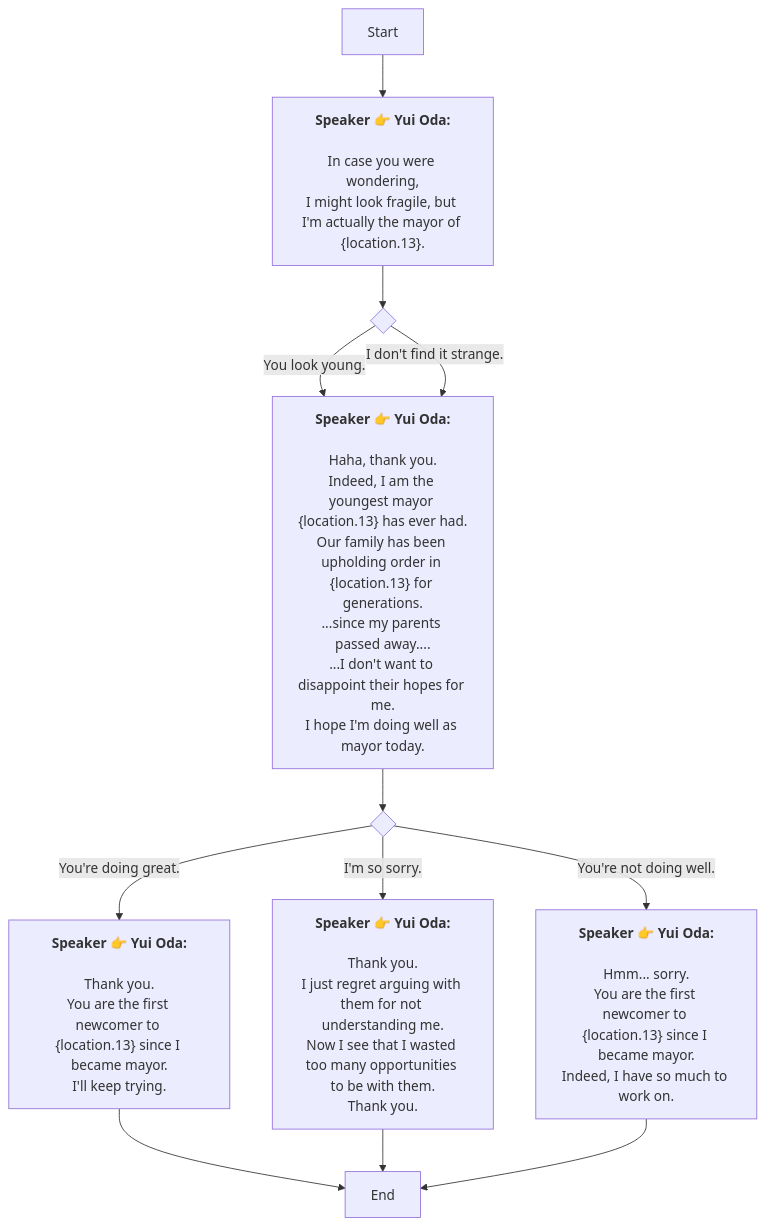
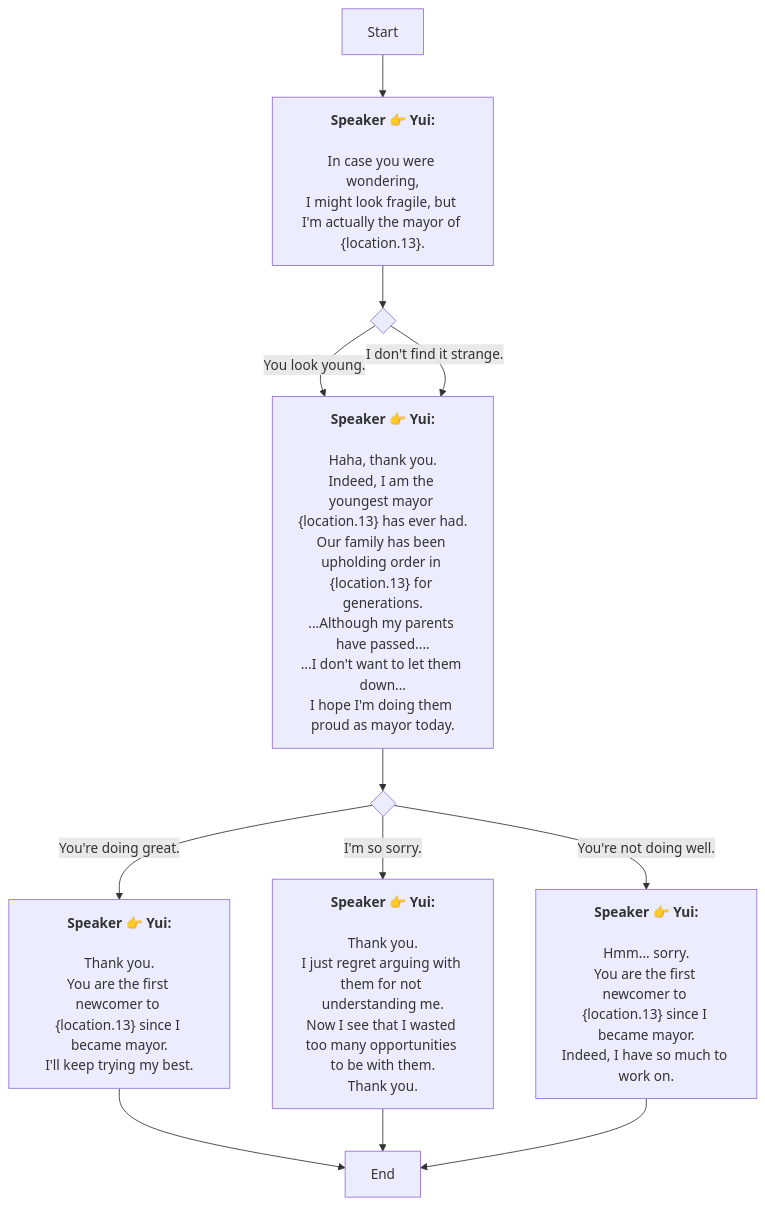
The diagram in En/QuestTalkObjectiveNode_1741756732252428.md (SoftHu/tos_avg), drawn with Mermaid before and after one commit. The commit also changed 297 other files, not shown here.

````diff
--- a/En/QuestTalkObjectiveNode_1741756732252428.md
+++ b/En/QuestTalkObjectiveNode_1741756732252428.md
@@ -1,45 +1,45 @@
 ```mermaid
 graph
-Start -->1741756751534367[<b>Speaker 👉 Yui Oda:</b>
+Start -->1741756751534367[<b>Speaker 👉 Yui:</b>
 
 In case you were wondering,
 I might look fragile, but I'm actually the mayor of &lbrace;location.13&rbrace;.]
 1741756751534367 -->1741756751534370{ }
-1741756751534370 -->|You look young.|1741756751534371[<b>Speaker 👉 Yui Oda:</b>
+1741756751534370 -->|You look young.|1741756751534371[<b>Speaker 👉 Yui:</b>
 
 Haha, thank you.
 Indeed, I am the youngest mayor &lbrace;location.13&rbrace; has ever had.
 Our family has been upholding order in &lbrace;location.13&rbrace; for generations.
-...since my parents passed away....
-...I don't want to disappoint their hopes for me.
-I hope I'm doing well as mayor today.]
-1741756751534370 -->|I don't find it strange.|1741756751534371[<b>Speaker 👉 Yui Oda:</b>
+...Although my parents have passed....
+...I don't want to let them down...
+I hope I'm doing them proud as mayor today.]
+1741756751534370 -->|I don't find it strange.|1741756751534371[<b>Speaker 👉 Yui:</b>
 
 Haha, thank you.
 Indeed, I am the youngest mayor &lbrace;location.13&rbrace; has ever had.
 Our family has been upholding order in &lbrace;location.13&rbrace; for generations.
-...since my parents passed away....
-...I don't want to disappoint their hopes for me.
-I hope I'm doing well as mayor today.]
+...Although my parents have passed....
+...I don't want to let them down...
+I hope I'm doing them proud as mayor today.]
 1741756751534371 -->1741756751534374{ }
-1741756751534374 -->|You're doing great.|1741756751534375[<b>Speaker 👉 Yui Oda:</b>
+1741756751534374 -->|You're doing great.|1741756751534375[<b>Speaker 👉 Yui:</b>
 
 Thank you.
 You are the first newcomer to &lbrace;location.13&rbrace; since I became mayor.
-I'll keep trying.]
-1741756751534374 -->|I'm so sorry.|1741757998477647[<b>Speaker 👉 Yui Oda:</b>
+I'll keep trying my best.]
+1741756751534374 -->|I'm so sorry.|1741757998477647[<b>Speaker 👉 Yui:</b>
 
 Thank you.
 I just regret arguing with them for not understanding me.
 Now I see that I wasted too many opportunities to be with them.
 Thank you.]
-1741756751534374 -->|You're not doing well.|1741758102220112[<b>Speaker 👉 Yui Oda:</b>
+1741756751534374 -->|You're not doing well.|1741758102220112[<b>Speaker 👉 Yui:</b>
 
 Hmm... sorry.
 You are the first newcomer to &lbrace;location.13&rbrace; since I became mayor.
 Indeed, I have so much to work on.]
 1741756751534375 -->1741757982916940[End]
 1741757998477647 -->1741757982916940[End]
 1741758102220112 -->1741757982916940[End]
 
  ```
````
